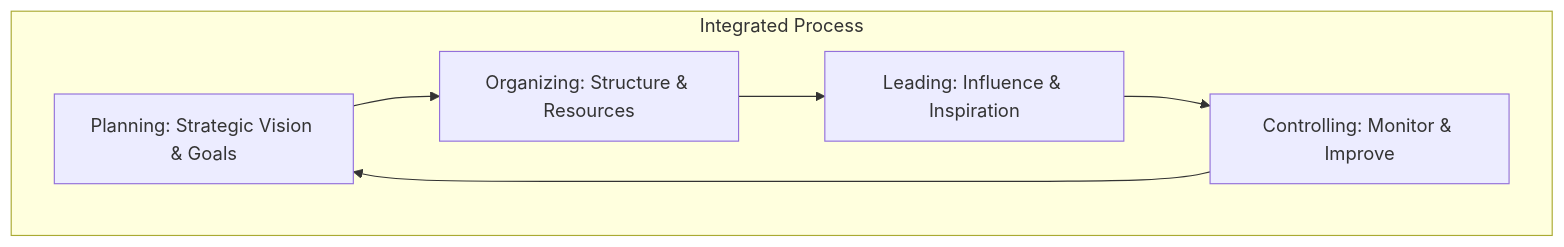
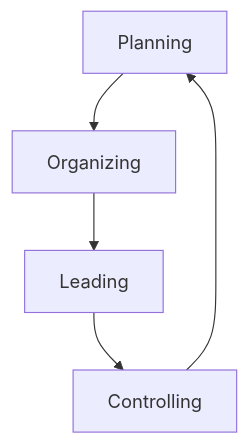
The diagram in Y1S2/AKW103 Introduction to Management.md (Fake1Doge/Obsidian-notes), drawn with Mermaid before and after one commit. The commit also changed other lines of this file and 537 other files, not shown here.

````diff
--- a/Y1S2/AKW103 Introduction to Management.md
+++ b/Y1S2/AKW103 Introduction to Management.md
@@ -67,13 +67,7 @@
 ```mermaid
 graph TD
-    P[Planning: Strategic Vision & Goals] --> O[Organizing: Structure & Resources]
-    O --> L[Leading: Influence & Inspiration]
-    L --> C[Controlling: Monitor & Improve]
+    P[Planning] --> O[Organizing]
+    O --> L[Leading]
+    L --> C[Controlling]
     C --> P
-    subgraph Integrated Process
-    P
-    O
-    L
-    C
-    end
 ```
````
